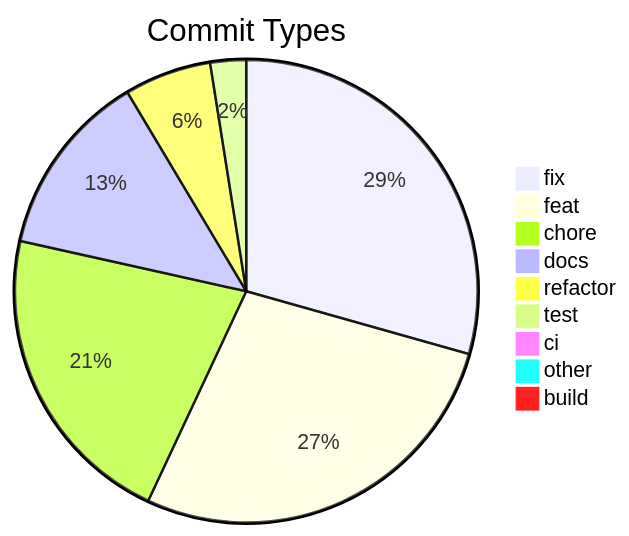
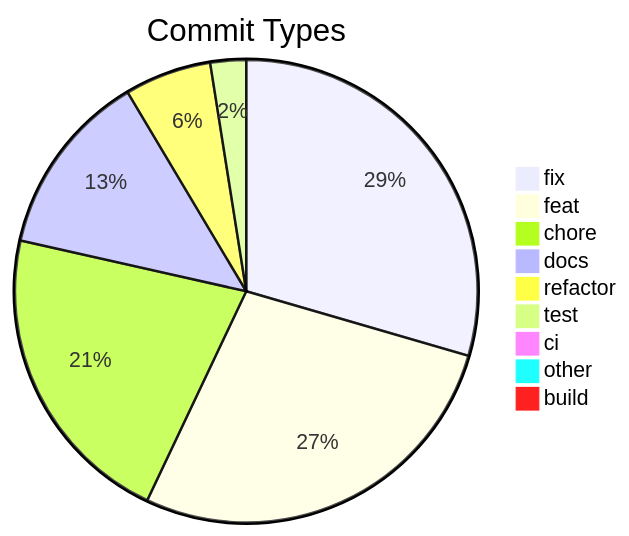
One commit to svenroth-ai/shipwright changed the diagram in .shipwright/compliance/change-history.md. Above: the diagram before and after it, drawn with Mermaid. The commit also changed other lines of this file and 15 other files, not shown here.

````diff
--- a/.shipwright/compliance/change-history.md
+++ b/.shipwright/compliance/change-history.md
@@ -8,12 +8,12 @@
 ```mermaid
 pie title Commit Types
-    "fix" : 329
+    "fix" : 331
     "feat" : 309
     "chore" : 241
     "docs" : 145
     "refactor" : 68
     "test" : 28
     "ci" : 11
     "other" : 9
     "build" : 1
 ```
````
